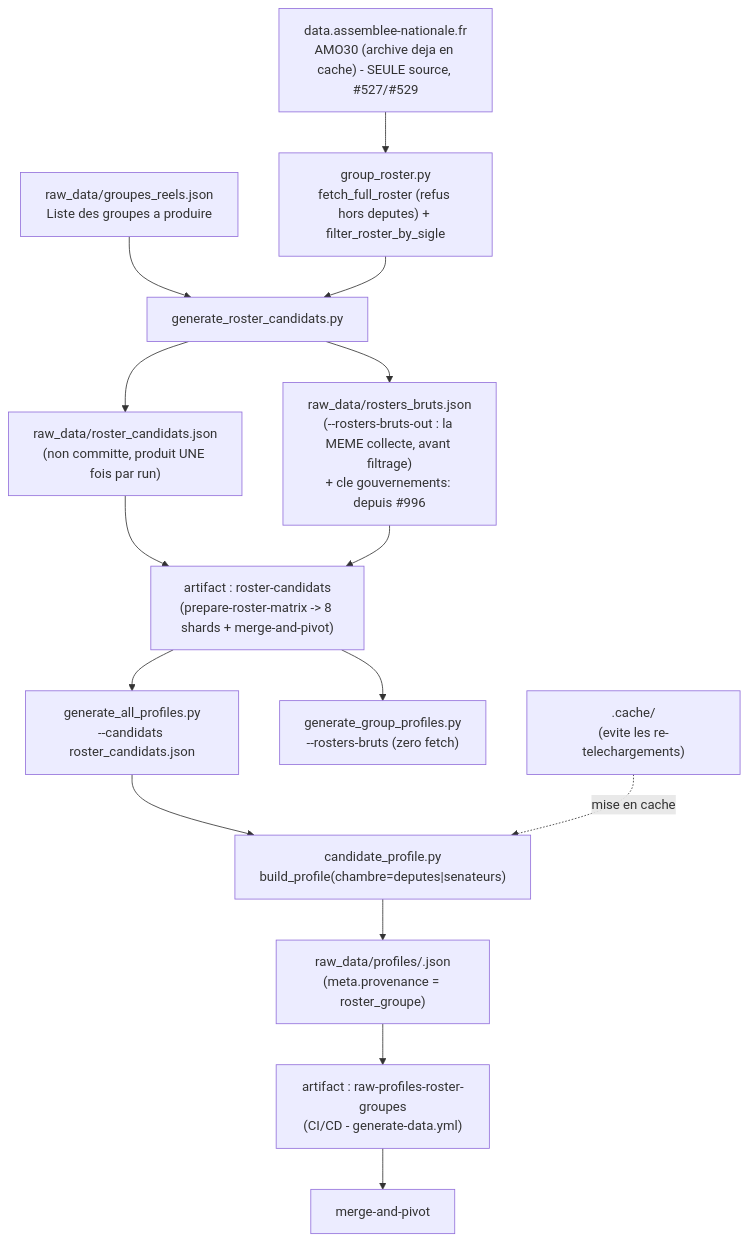
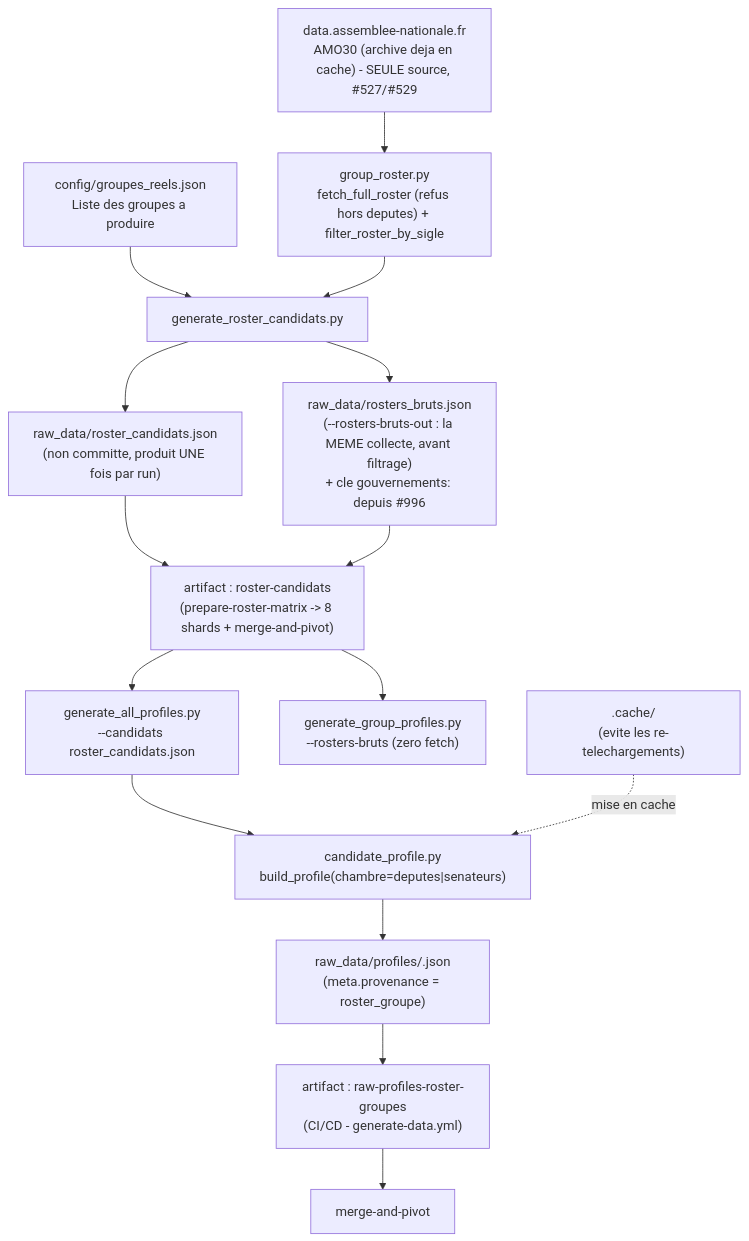
The diagram in docs/extract-roster-groupes.md (stephieED/Empreinte-politique), drawn with Mermaid before and after one commit. The commit also changed other lines of this file and 85 other files, not shown here.

````diff
--- a/docs/extract-roster-groupes.md
+++ b/docs/extract-roster-groupes.md
@@ -187,22 +187,22 @@
 ```mermaid
 flowchart TD
-    G0["raw_data/groupes_reels.json\nListe des groupes a produire"] --> RC["generate_roster_candidats.py"]
+    G0["config/groupes_reels.json\nListe des groupes a produire"] --> RC["generate_roster_candidats.py"]
 
     AMO["data.assemblee-nationale.fr\nAMO30 (archive deja en cache) - SEULE source, #527/#529"] --> GR["group_roster.py\nfetch_full_roster (refus hors deputes) + filter_roster_by_sigle"]
     GR --> RC
 
     RC --> RCJ["raw_data/roster_candidats.json\n(non committe, produit UNE fois par run)"]
     RC --> RBJ["raw_data/rosters_bruts.json\n(--rosters-bruts-out : la MEME collecte, avant filtrage)\n+ cle gouvernements: depuis #996"]
 
     RCJ --> ART["artifact : roster-candidats\n(prepare-roster-matrix -> 8 shards + merge-and-pivot)"]
     RBJ --> ART
     ART --> B["generate_all_profiles.py\n--candidats roster_candidats.json"]
     ART --> GP["generate_group_profiles.py\n--rosters-bruts (zero fetch)"]
     B --> C["candidate_profile.py\nbuild_profile(chambre=deputes|senateurs)"]
 
     CACHE[".cache/\n(evite les re-telechargements)"] -. mise en cache .-> C
 
     C --> D["raw_data/profiles/<slug>.json\n(meta.provenance = roster_groupe)"]
     D --> E["artifact : raw-profiles-roster-groupes\n(CI/CD - generate-data.yml)"]
     E --> F["merge-and-pivot"]
 ```
````
